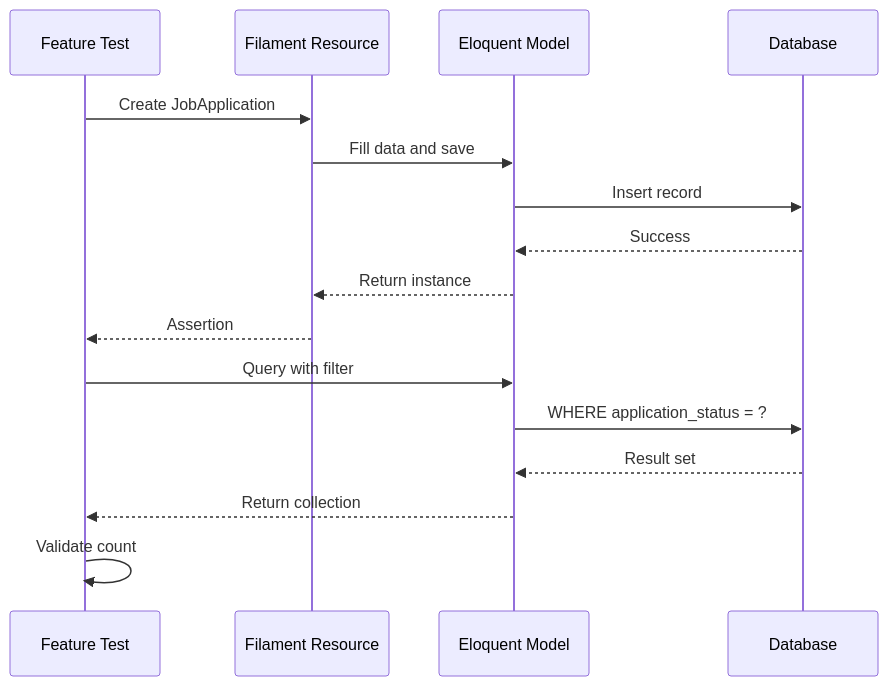
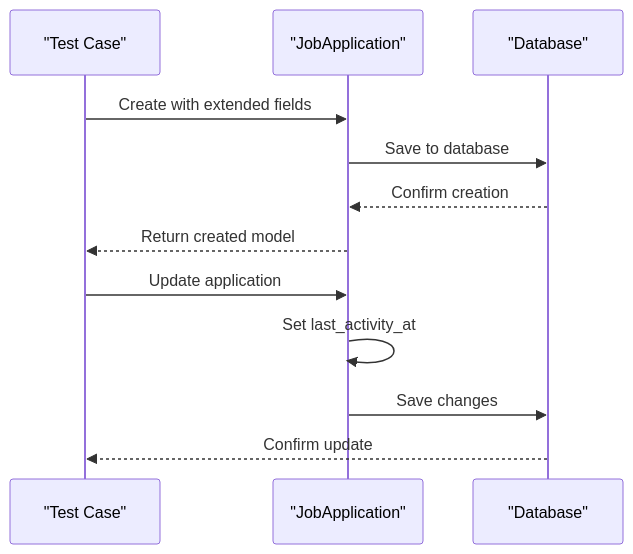
The third of 4 diagrams in .qoder/repowiki/en/content/Testing Strategy.md (withoutfanfare/cv-builder), drawn with Mermaid before and after one commit. The commit also changed other lines of this file and 128 other files, not shown here.

````diff
--- a/.qoder/repowiki/en/content/Testing Strategy.md
+++ b/.qoder/repowiki/en/content/Testing Strategy.md
@@ -116,18 +146,14 @@
 ```mermaid
 sequenceDiagram
-participant Test as Feature Test
-participant Filament as Filament Resource
-participant Model as Eloquent Model
-participant DB as Database
-Test->>Filament : Create JobApplication
-Filament->>Model : Fill data and save
-Model->>DB : Insert record
-DB-->>Model : Success
-Model-->>Filament : Return instance
-Filament-->>Test : Assertion
-Test->>Model : Query with filter
-Model->>DB : WHERE application_status = ?
-DB-->>Model : Result set
-Model-->>Test : Return collection
-Test->>Test : Validate count
+participant Test as "Test Case"
+participant Model as "JobApplication"
+participant DB as "Database"
+Test->>Model : Create with extended fields
+Model->>DB : Save to database
+DB-->>Model : Confirm creation
+Model-->>Test : Return created model
+Test->>Model : Update application
+Model->>Model : Set last_activity_at
+Model->>DB : Save changes
+DB-->>Test : Confirm update
 ```
````
